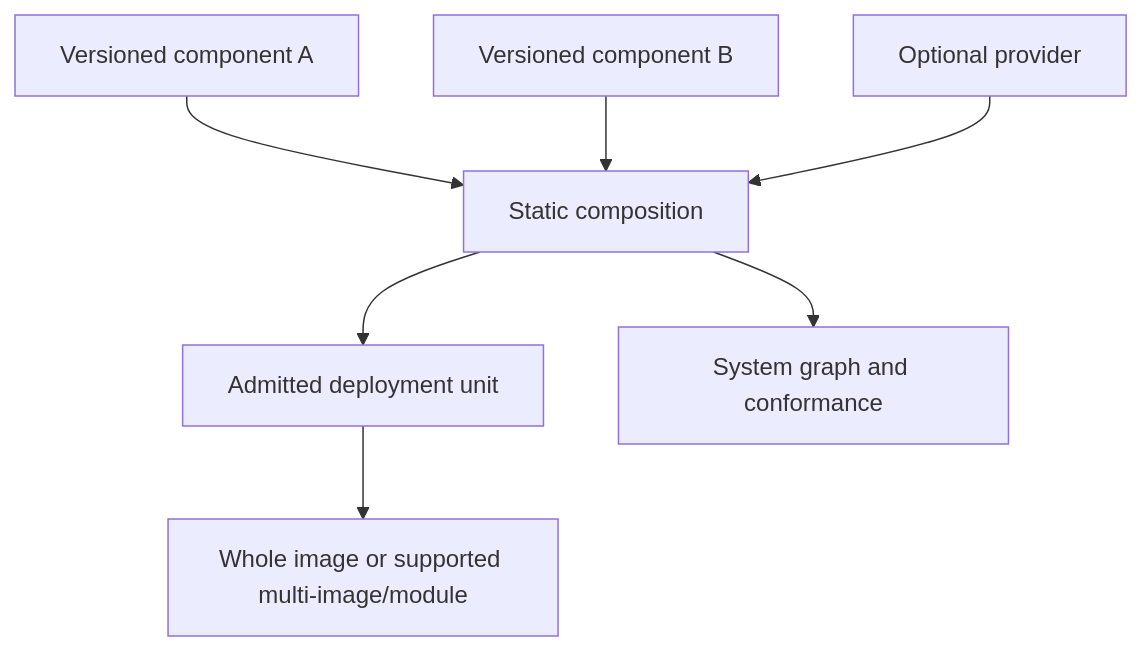
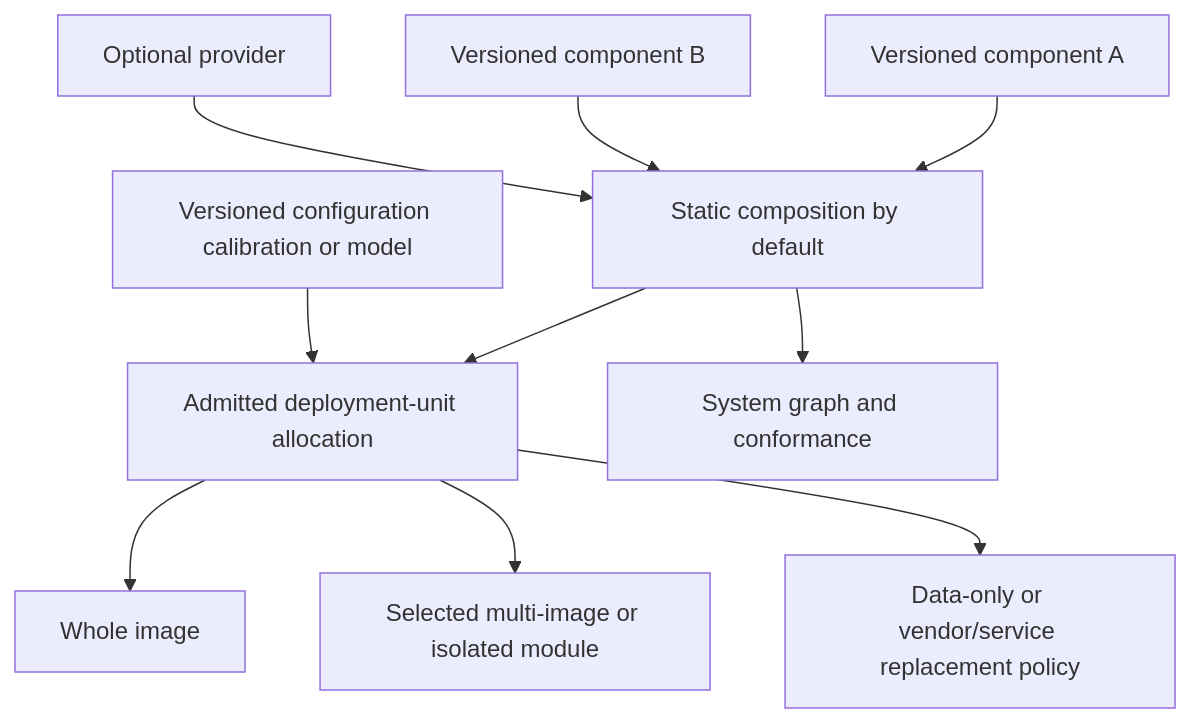
The diagram in docs/architecture/diagrams/D23.mmd (susmithmrm/ZARC), drawn with Mermaid before and after one commit. The commit also changed 10 other files, not shown here.

Commit message:
Synchronize lifecycle diagrams and public design-phase pages with Z12

```diff
--- a/docs/architecture/diagrams/D23.mmd
+++ b/docs/architecture/diagrams/D23.mmd
@@ -1,7 +1,10 @@
 flowchart TD
-  A[Versioned component A] --> C[Static composition]
+  A[Versioned component A] --> C[Static composition by default]
   B[Versioned component B] --> C
   P[Optional provider] --> C
-  C --> U[Admitted deployment unit]
-  U --> F[Whole image or supported multi-image/module]
+  C --> U[Admitted deployment-unit allocation]
+  D[Versioned configuration calibration or model] --> U
+  U --> F[Whole image]
+  U --> M[Selected multi-image or isolated module]
+  U --> V[Data-only or vendor/service replacement policy]
   C --> G[System graph and conformance]
```
